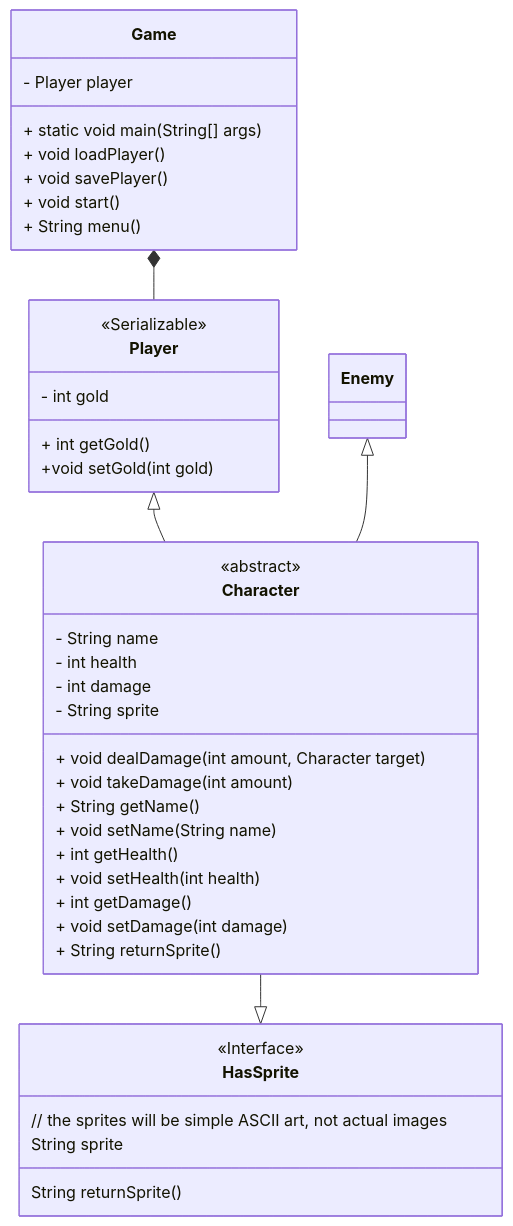
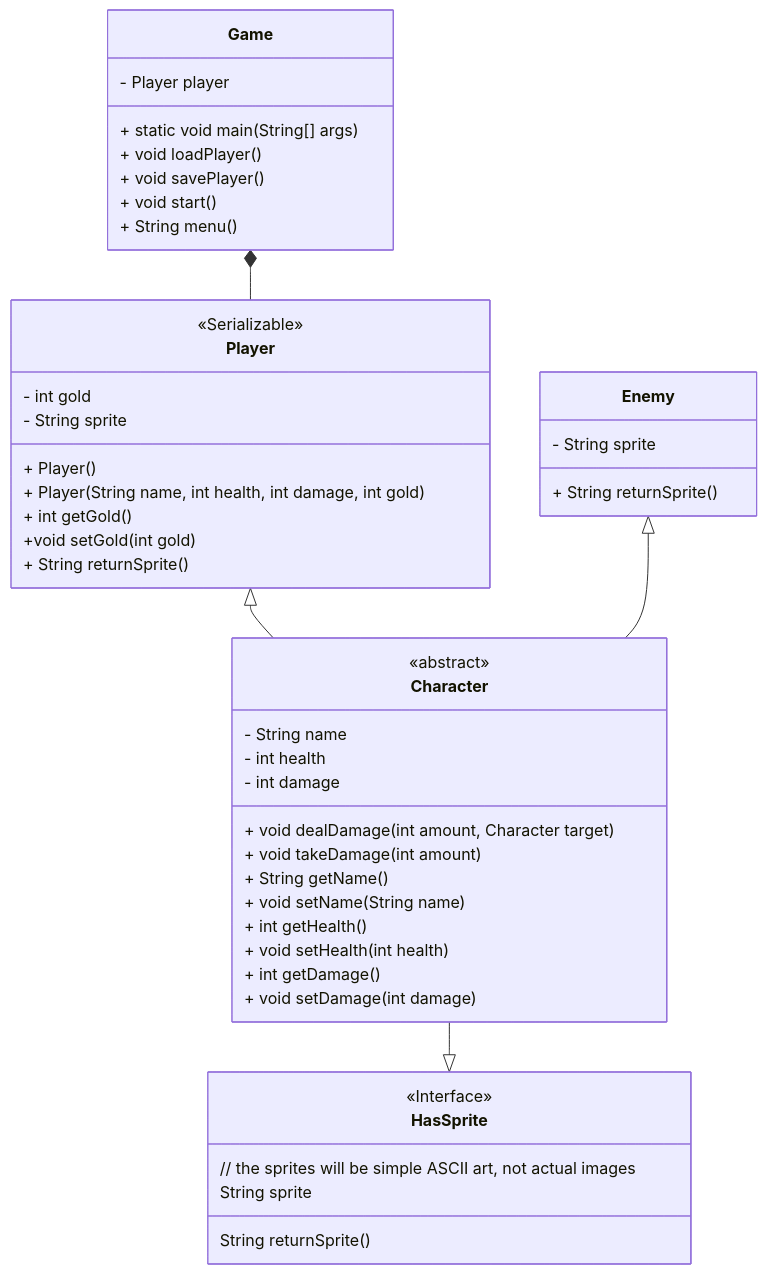
Before and after one commit to fish-2122/CS121-Final: the second of 2 diagrams in README.md, drawn with Mermaid. The commit also changed other lines of this file, not shown here.

Commit message:
added sprites for player and enemy

````diff
--- a/README.md
+++ b/README.md
@@ -18,47 +18,50 @@
 ```mermaid
 classDiagram
 class Game {
     - Player player
     + static void main(String[] args)
     + void loadPlayer()
     + void savePlayer()
     + void start()
     + String menu()
 }
 class Character {
     <<abstract>>
     - String name
     - int health
     - int damage
-    - String sprite
     + void dealDamage(int amount, Character target)
     + void takeDamage(int amount)
     + String getName()
     + void setName(String name)
     + int getHealth()
     + void setHealth(int health)
     + int getDamage()
     + void setDamage(int damage)
-    + String returnSprite()
 }
 class Enemy {
-    
+    - String sprite
+    + String returnSprite()
 }
 class Player {
     <<Serializable>>
     - int gold
+    - String sprite
+    + Player()
+    + Player(String name, int health, int damage, int gold)
     + int getGold()
     +void setGold(int gold)
+    + String returnSprite()
 }
 class HasSprite {
     // the sprites will be simple ASCII art, not actual images
     <<Interface>>
     String sprite
     String returnSprite()
 }
 
 Player <|-- Character
 Enemy <|-- Character
 Character --|> HasSprite
 Game *-- Player
 ```
````
